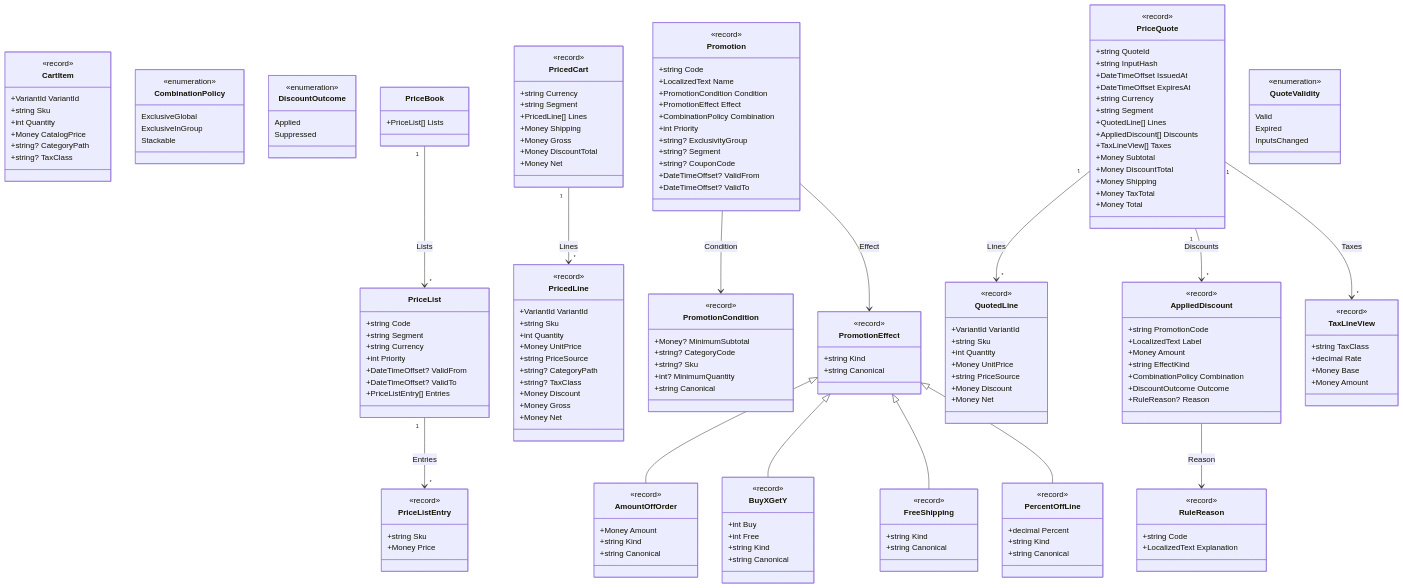
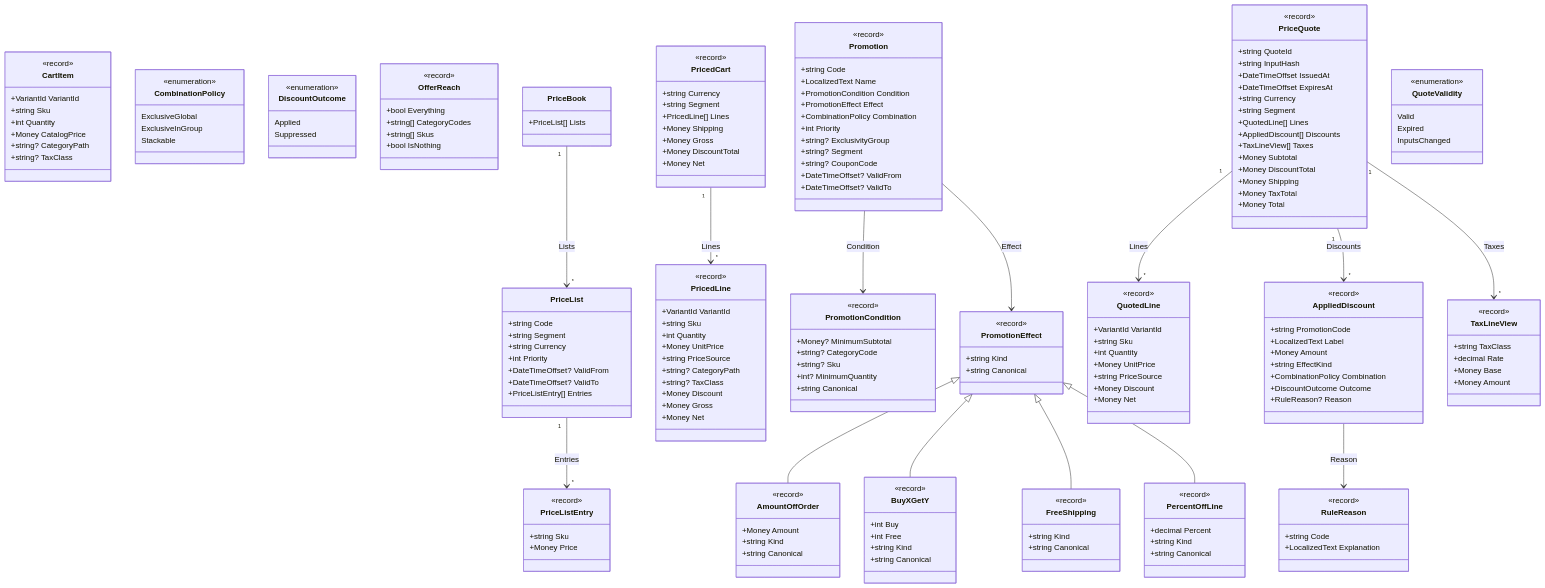
Before and after one commit to juanluelguerre/tendero: the second of 13 diagrams in docs/domain-model.md, drawn with Mermaid. The commit also changed other lines of this file and 66 other files, not shown here.

```diff
--- a/docs/domain-model.md
+++ b/docs/domain-model.md
@@ -199,6 +200,13 @@
         <<record>>
         +string Kind
         +string Canonical
+    }
+    class OfferReach {
+        <<record>>
+        +bool Everything
+        +string[] CategoryCodes
+        +string[] Skus
+        +bool IsNothing
     }
     class PercentOffLine {
         <<record>>
```
